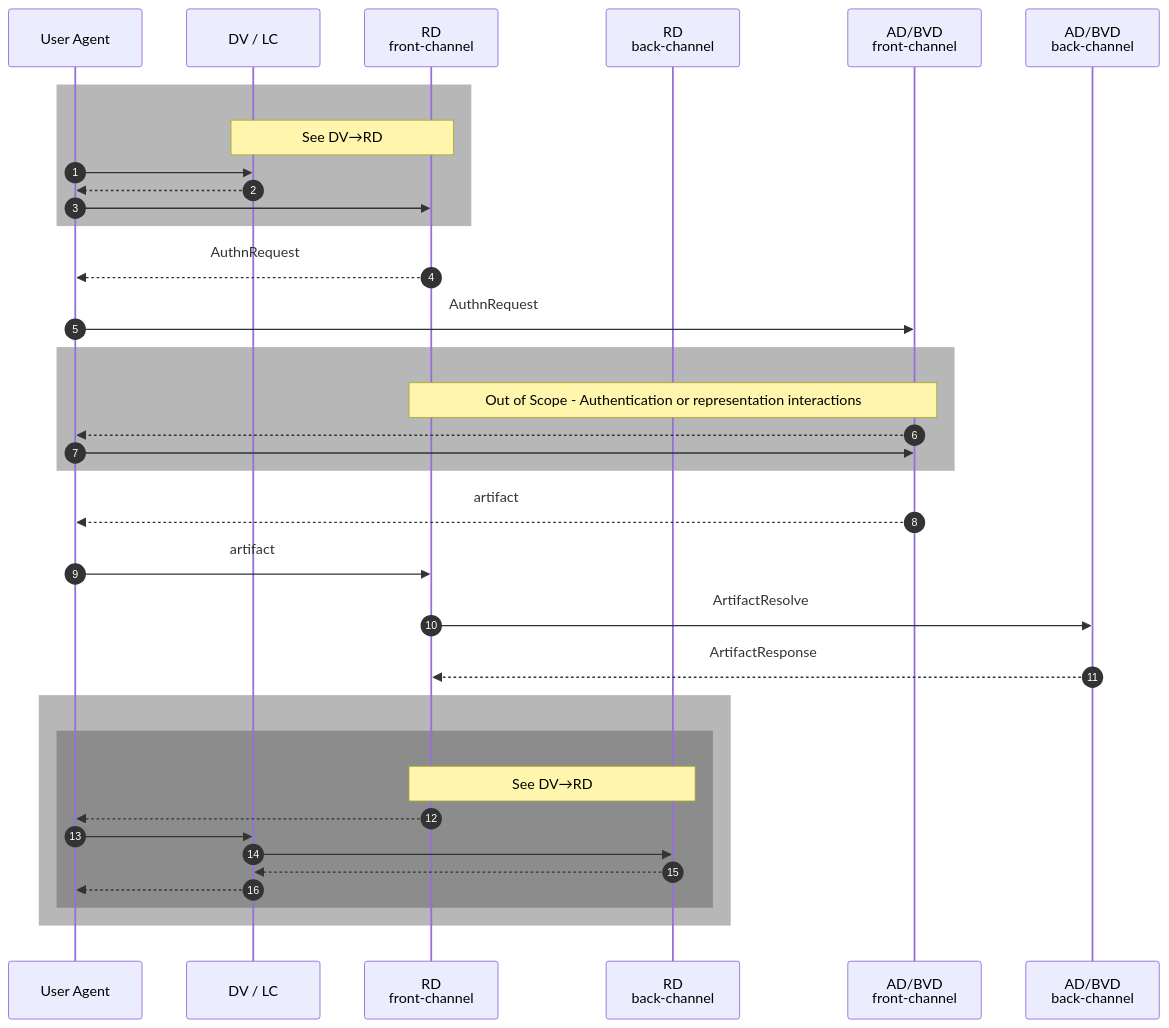
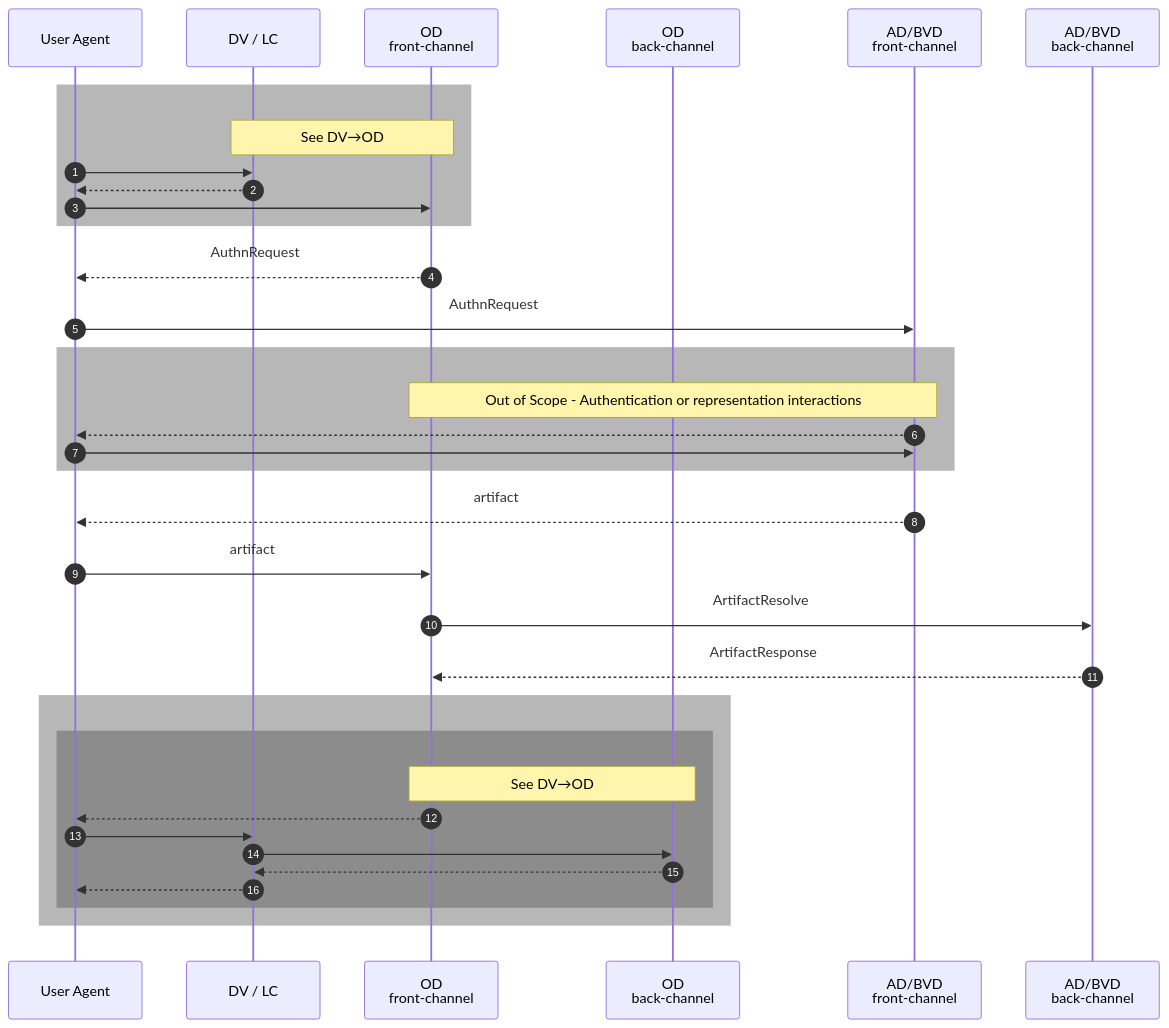
One commit to Logius-standaarden/st-saml-spec changed the diagram in media/saml-authentication-flow-rd-ad-bvd.mermaid. Above: the diagram before and after it, drawn with Mermaid. The commit also changed 31 other files, not shown here.

Commit message:
Use OD terminology throughout specification and diagrams

```diff
--- a/media/saml-authentication-flow-rd-ad-bvd.mermaid
+++ b/media/saml-authentication-flow-rd-ad-bvd.mermaid
@@ -1,39 +1,39 @@
 %%{init: {
     "themeVariables": {"fontSize": "24px"},
     "sequence": {"boxMargin": 20}
 }}%%
 sequenceDiagram
 autonumber
 participant A as User Agent
 participant B as DV / LC
-participant C as RD <br /> front-channel
-participant D as RD <br /> back-channel
+participant C as OD <br /> front-channel
+participant D as OD <br /> back-channel
 participant E as AD/BVD <br /> front-channel
 participant F as AD/BVD <br /> back-channel
 rect rgba(75, 75, 75, .4)
-    Note over B,C: See DV#8594;RD
+    Note over B,C: See DV#8594;OD
     A->>B:
     B-->>A:
     A->>C:
 end
 C-->>A: AuthnRequest
 A->>E: AuthnRequest
 rect rgba(75, 75, 75, .4)
     Note over C,E: Out of Scope - Authentication or representation interactions
     E-->>A:
     A->>E:
 end
 E-->>A: artifact
 A->>C: artifact
 C->>F: ArtifactResolve
 F-->>C: ArtifactResponse
 rect rgba(75, 75, 75, .4)
 rect rgba(75, 75, 75, .4)
-    Note over C,D: See DV#8594;RD
+    Note over C,D: See DV#8594;OD
     C-->>A:
     A->>B:
     B->>D:
     D-->>B:
     B-->>A:
 end
 end
```
